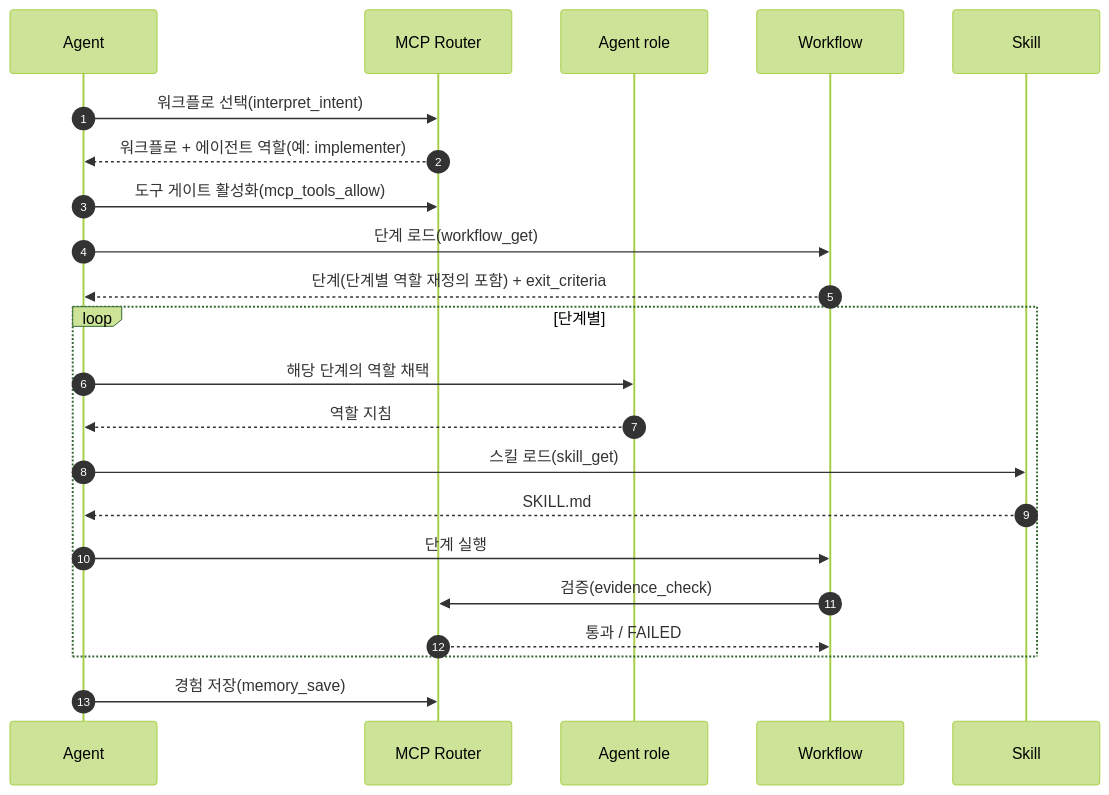
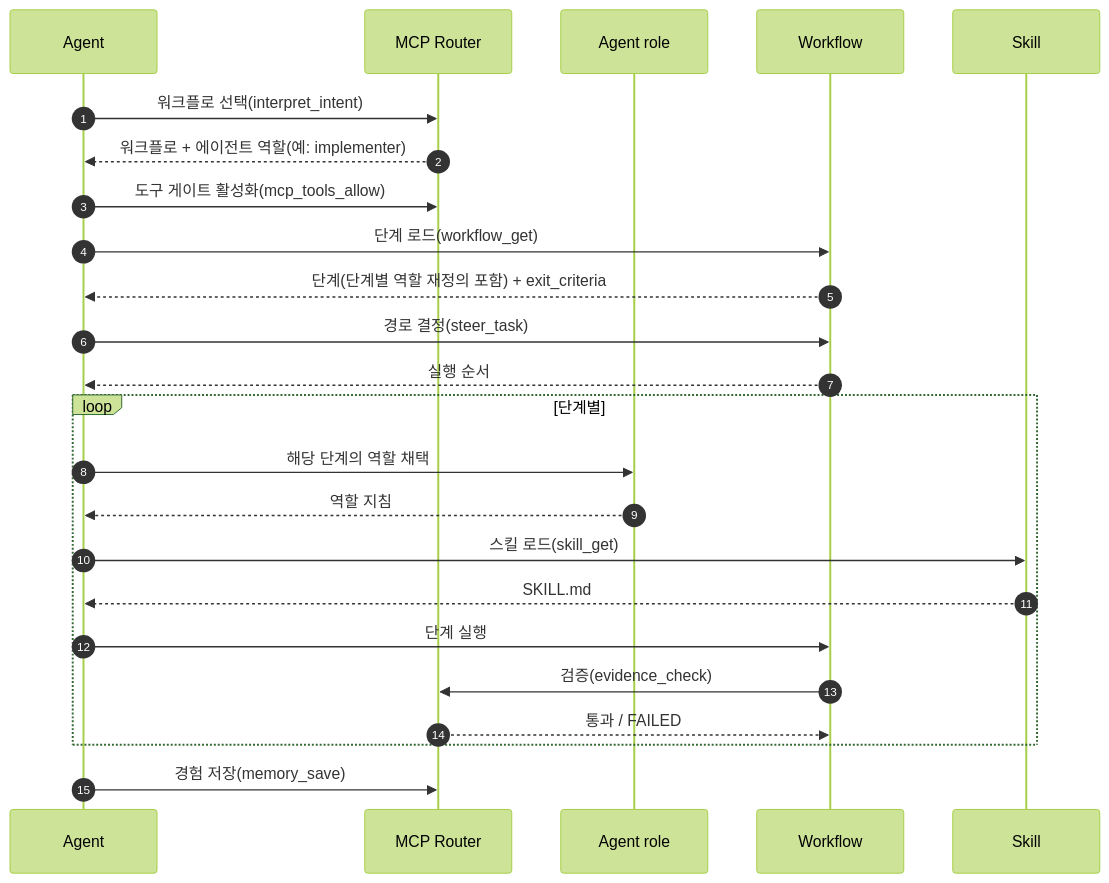
The diagram in README.ko.md (parkwoo/wawoo-agent-skills), drawn with Mermaid (forest theme) before and after one commit. The commit also changed 3 other files, not shown here.

Commit message:
docs: restore the dynamic-path step (steer_task) in the sequence diagram

````diff
--- a/README.ko.md
+++ b/README.ko.md
@@ -63,24 +63,26 @@
 ```mermaid
 sequenceDiagram
     autonumber
     participant A as Agent
     participant R as MCP Router
     participant G as Agent role
     participant W as Workflow
     participant S as Skill
     A->>R: 워크플로 선택(interpret_intent)
     R-->>A: 워크플로 + 에이전트 역할(예: implementer)
     A->>R: 도구 게이트 활성화(mcp_tools_allow)
     A->>W: 단계 로드(workflow_get)
     W-->>A: 단계(단계별 역할 재정의 포함) + exit_criteria
+    A->>W: 경로 결정(steer_task)
+    W-->>A: 실행 순서
     loop 단계별
         A->>G: 해당 단계의 역할 채택
         G-->>A: 역할 지침
         A->>S: 스킬 로드(skill_get)
         S-->>A: SKILL.md
         A->>W: 단계 실행
         W->>R: 검증(evidence_check)
         R-->>W: 통과 / FAILED
     end
     A->>R: 경험 저장(memory_save)
 ```
````
